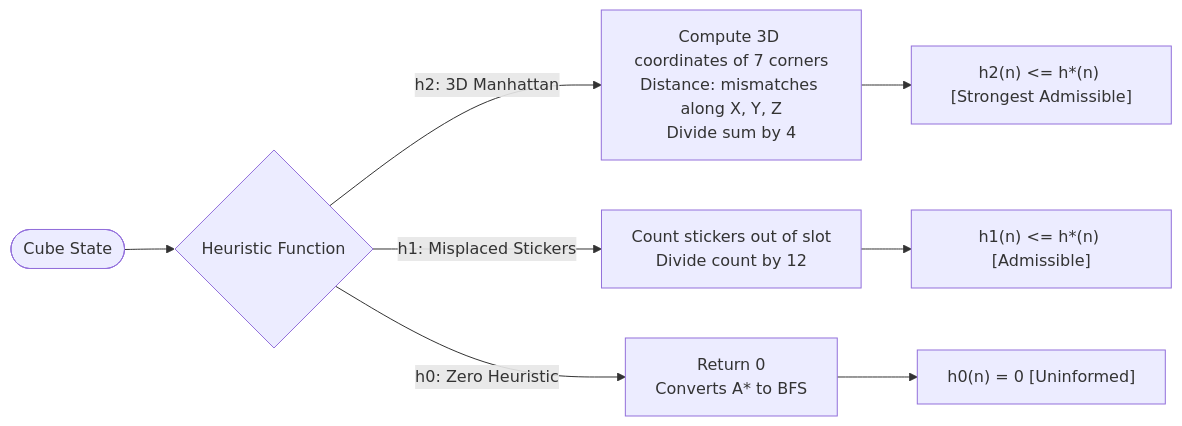
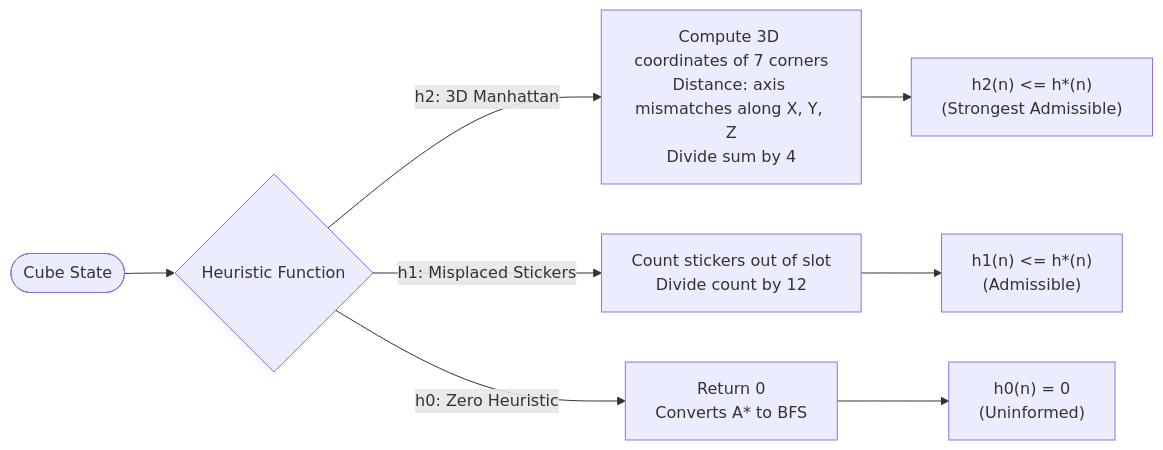
One commit to sarthakroutray/RubiksCubeSolver changed the second of 2 diagrams in README.md. Above: the diagram before and after it, drawn with Mermaid. The commit also changed other lines of this file, not shown here.

````diff
--- a/README.md
+++ b/README.md
@@ -209,12 +225,12 @@
 ```mermaid
 flowchart LR
-    State([Cube State]) --> EvalH{Heuristic Function}
+    State(["Cube State"]) --> EvalH{"Heuristic Function"}
     
-    EvalH -->|h2: 3D Manhattan| M["Compute 3D coordinates of 7 corners<br/>Distance: mismatches along X, Y, Z<br/>Divide sum by 4"]
-    EvalH -->|h1: Misplaced Stickers| S["Count stickers out of slot<br/>Divide count by 12"]
-    EvalH -->|h0: Zero Heuristic| Z["Return 0<br/>Converts A* to BFS"]
+    EvalH -->|"h2: 3D Manhattan"| M["Compute 3D coordinates of 7 corners<br/>Distance: axis mismatches along X, Y, Z<br/>Divide sum by 4"]
+    EvalH -->|"h1: Misplaced Stickers"| S["Count stickers out of slot<br/>Divide count by 12"]
+    EvalH -->|"h0: Zero Heuristic"| Z["Return 0<br/>Converts A* to BFS"]
 
-    M --> H2Val["h2(n) <= h*(n) [Strongest Admissible]"]
-    S --> H1Val["h1(n) <= h*(n) [Admissible]"]
-    Z --> H0Val["h0(n) = 0 [Uninformed]"]
+    M --> H2Val["h2(n) <= h*(n)<br/>(Strongest Admissible)"]
+    S --> H1Val["h1(n) <= h*(n)<br/>(Admissible)"]
+    Z --> H0Val["h0(n) = 0<br/>(Uninformed)"]
 ```
````
